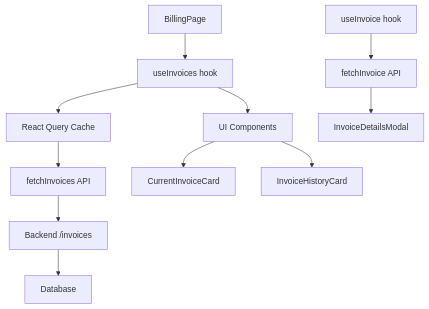
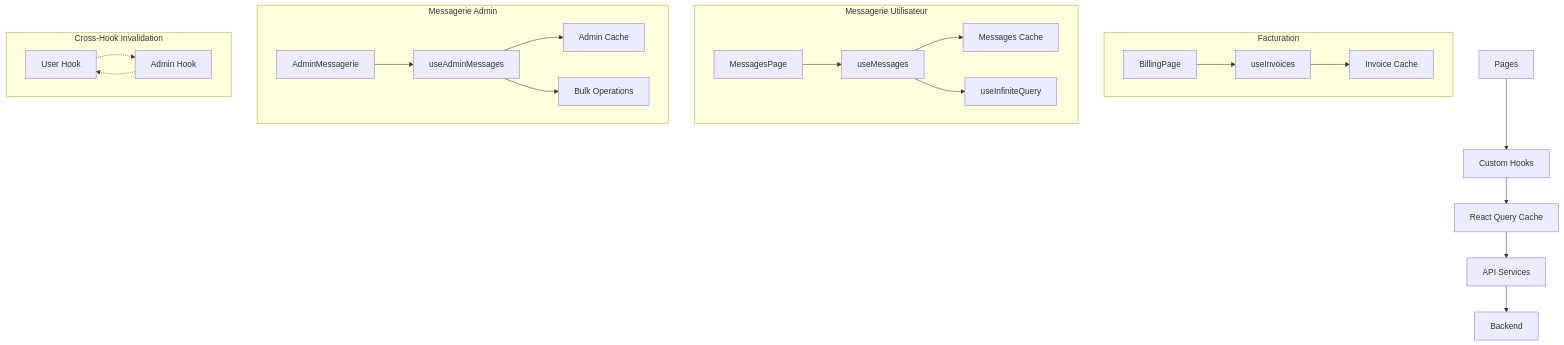
One commit to krismos64/Staka-livres changed the diagram in docs/README-REACT-QUERY.md. Above: the diagram before and after it, drawn with Mermaid. The commit also changed other lines of this file and 24 other files, not shown here.

````diff
--- a/docs/README-REACT-QUERY.md
+++ b/docs/README-REACT-QUERY.md
@@ -33,15 +45,29 @@
 ```mermaid
 graph TD
-    A[BillingPage] --> B[useInvoices hook]
+    A[Pages] --> B[Custom Hooks]
     B --> C[React Query Cache]
-    C --> D[fetchInvoices API]
-    D --> E[Backend /invoices]
-    E --> F[Database]
+    C --> D[API Services]
+    D --> E[Backend]
 
-    B --> G[UI Components]
-    G --> H[CurrentInvoiceCard]
-    G --> I[InvoiceHistoryCard]
+    subgraph "Facturation"
+        F[BillingPage] --> G[useInvoices]
+        G --> H[Invoice Cache]
+    end
 
-    J[useInvoice hook] --> K[fetchInvoice API]
-    K --> L[InvoiceDetailsModal]
+    subgraph "Messagerie Utilisateur"
+        I[MessagesPage] --> J[useMessages]
+        J --> K[Messages Cache]
+        J --> L[useInfiniteQuery]
+    end
+
+    subgraph "Messagerie Admin"
+        M[AdminMessagerie] --> N[useAdminMessages]
+        N --> O[Admin Cache]
+        N --> P[Bulk Operations]
+    end
+
+    subgraph "Cross-Hook Invalidation"
+        Q[User Hook] -.-> R[Admin Hook]
+        R -.-> Q
+    end
 ```
````
